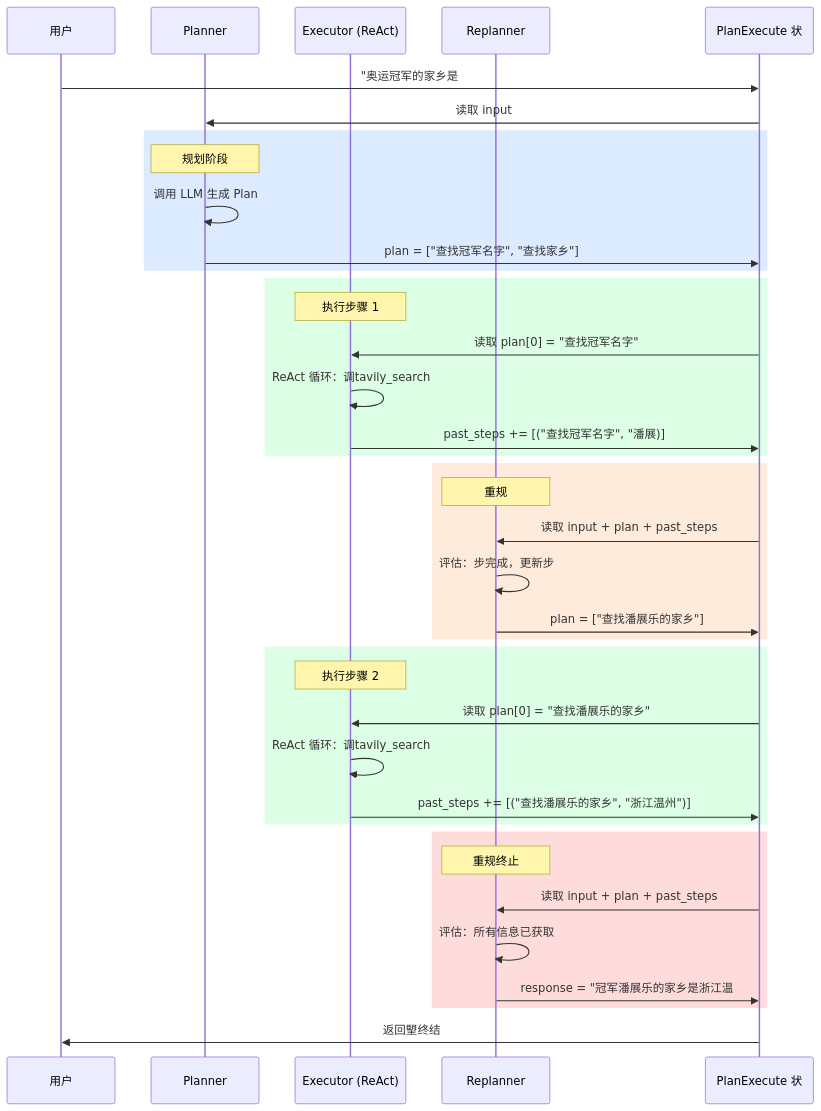
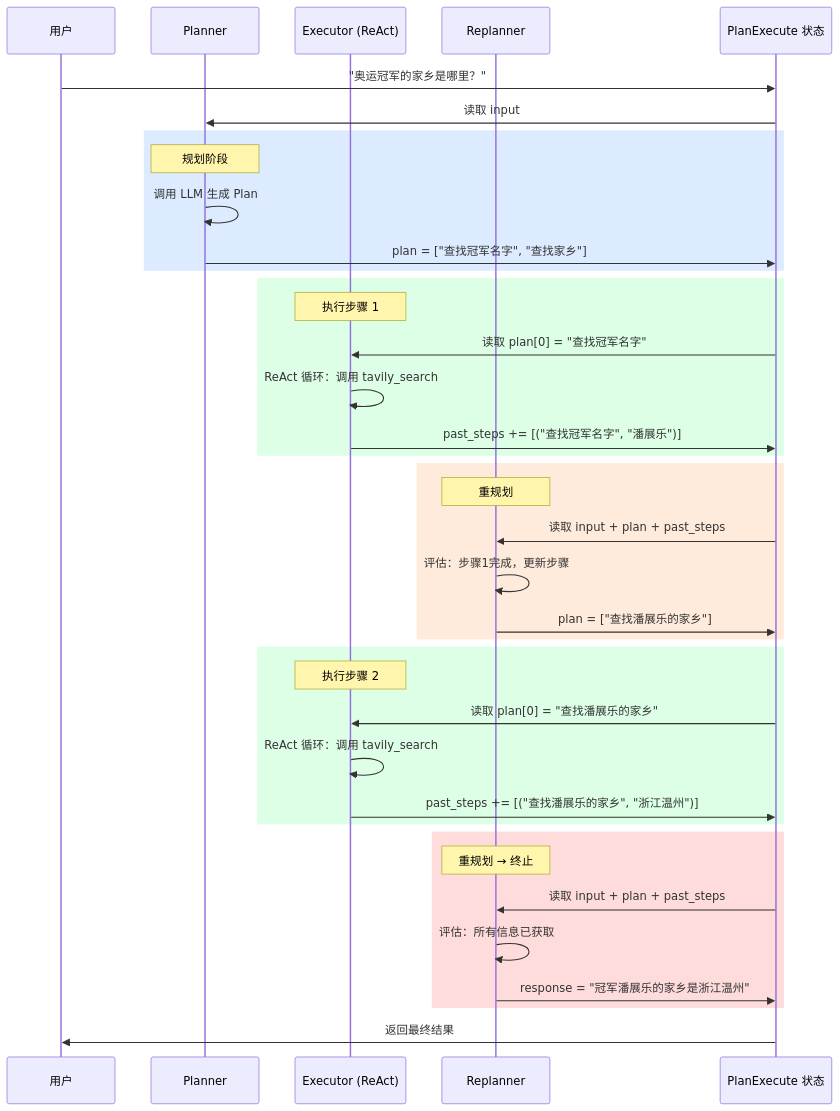
One commit to shuh-ai/agent-dev-guide changed the tenth of 13 diagrams in 02-开发框架与平台/LangGraph/05-计划执行模式.md. Above: the diagram before and after it, drawn with Mermaid. The commit also changed other lines of this file and 9 other files, not shown here.

Commit message:
fix：细化核心图表及相关描述，提升逻辑清晰度

````diff
--- a/02-开发框架与平台/LangGraph/05-计划执行模式.md
+++ b/02-开发框架与平台/LangGraph/05-计划执行模式.md
@@ -571,47 +582,47 @@
 ```mermaid
 sequenceDiagram
     participant U as 用户
     participant P as Planner
     participant E as Executor (ReAct)
     participant R as Replanner
-    participant S as PlanExecute 状
+    participant S as PlanExecute 状态
 
-    U->>S: "奥运冠军的家乡是
+    U->>S: "奥运冠军的家乡是哪里？"
     S->>P: 读取 input
 
     rect rgb(220, 235, 255)
     Note over P: 规划阶段
     P->>P: 调用 LLM 生成 Plan
     P->>S: plan = ["查找冠军名字", "查找家乡"]
     end
 
     rect rgb(220, 255, 230)
     Note over E: 执行步骤 1
     S->>E: 读取 plan[0] = "查找冠军名字"
-    E->>E: ReAct 循环：调tavily_search
-    E->>S: past_steps += [("查找冠军名字", "潘展)]
+    E->>E: ReAct 循环：调用 tavily_search
+    E->>S: past_steps += [("查找冠军名字", "潘展乐")]
     end
 
     rect rgb(255, 235, 220)
-    Note over R: 重规
+    Note over R: 重规划
     S->>R: 读取 input + plan + past_steps
-    R->>R: 评估：步完成，更新步
+    R->>R: 评估：步骤1完成，更新步骤
     R->>S: plan = ["查找潘展乐的家乡"]
     end
 
     rect rgb(220, 255, 230)
     Note over E: 执行步骤 2
     S->>E: 读取 plan[0] = "查找潘展乐的家乡"
-    E->>E: ReAct 循环：调tavily_search
+    E->>E: ReAct 循环：调用 tavily_search
     E->>S: past_steps += [("查找潘展乐的家乡", "浙江温州")]
     end
 
     rect rgb(255, 220, 220)
-    Note over R: 重规终止
+    Note over R: 重规划 → 终止
     S->>R: 读取 input + plan + past_steps
     R->>R: 评估：所有信息已获取
-    R->>S: response = "冠军潘展乐的家乡是浙江温
+    R->>S: response = "冠军潘展乐的家乡是浙江温州"
     end
 
-    S->>U: 返回朢终结
+    S->>U: 返回最终结果
 ```
````
